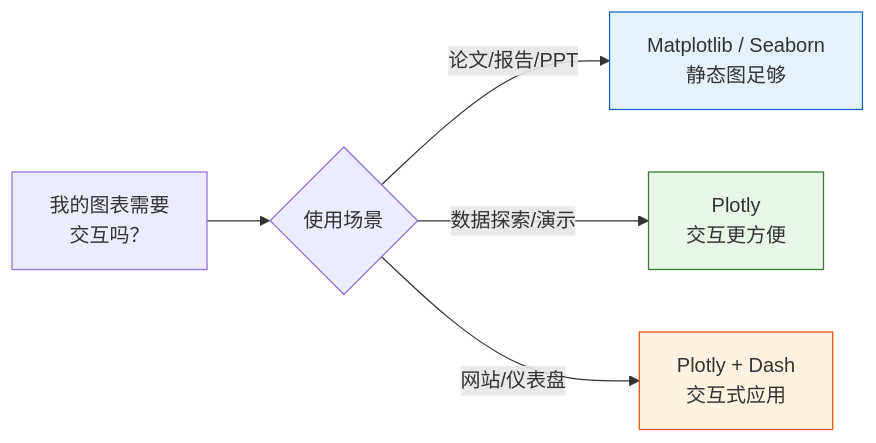
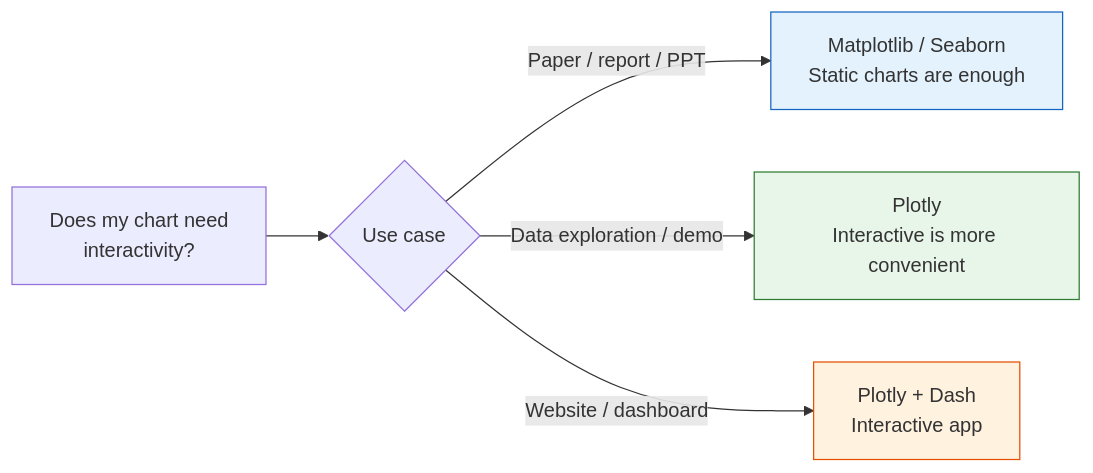
One commit to oudbiao/AI-fullstack-course changed the diagram in docs/ch03-data-analysis/ch04-visualization/03-plotly.md. Above: the diagram before and after it, drawn with Mermaid. The commit also changed other lines of this file and 1406 other files, not shown here.

````diff
--- a/docs/ch03-data-analysis/ch04-visualization/03-plotly.md
+++ b/docs/ch03-data-analysis/ch04-visualization/03-plotly.md
@@ -60,11 +60,11 @@
 ```mermaid
 flowchart LR
-    A["我的图表需要<br/>交互吗？"] --> B{"使用场景"}
-    B -->|"论文/报告/PPT"| C["Matplotlib / Seaborn<br/>静态图足够"]
-    B -->|"数据探索/演示"| D["Plotly<br/>交互更方便"]
-    B -->|"网站/仪表盘"| E["Plotly + Dash<br/>交互式应用"]
+    A["Does my chart need<br/>interactivity?"] --> B{"Use case"}
+    B -->|"Paper / report / PPT"| C["Matplotlib / Seaborn<br/>Static charts are enough"]
+    B -->|"Data exploration / demo"| D["Plotly<br/>Interactive is more convenient"]
+    B -->|"Website / dashboard"| E["Plotly + Dash<br/>Interactive app"]
 
     style C fill:#e3f2fd,stroke:#1565c0,color:#333
     style D fill:#e8f5e9,stroke:#2e7d32,color:#333
     style E fill:#fff3e0,stroke:#e65100,color:#333
 ```
````
